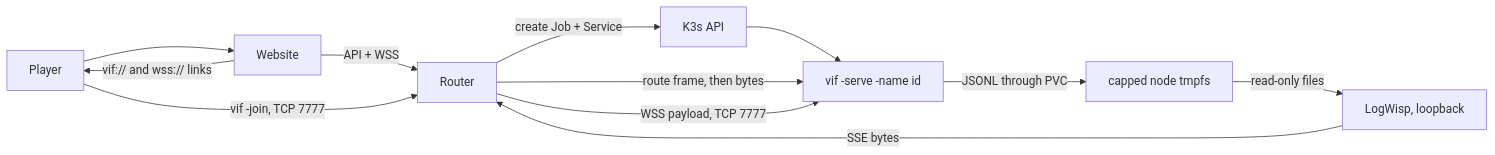
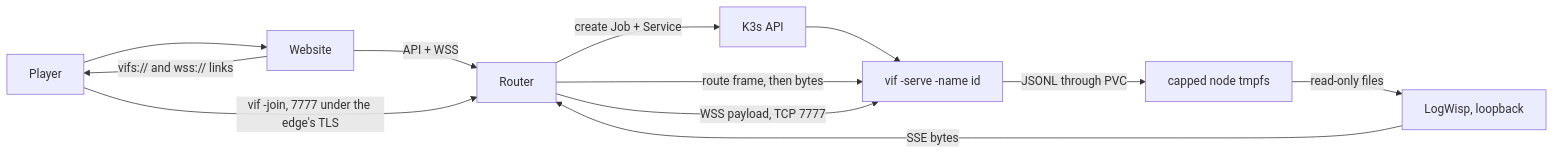
One commit to lixenwraith/vif changed the diagram in doc/kubernetes-fleet.md. Above: the diagram before and after it, drawn with Mermaid. The commit also changed other lines of this file and 173 other files, not shown here.

````diff
--- a/doc/kubernetes-fleet.md
+++ b/doc/kubernetes-fleet.md
@@ -29,14 +29,14 @@
 ```mermaid
 flowchart LR
     Player["Player"] --> Site["Website"]
     Site -->|"API + WSS"| Alloc["Router"]
     Alloc -->|"create Job + Service"| API["K3s API"]
     API --> Pod["vif -serve -name id"]
-    Site -->|"vif:// and wss:// links"| Player
-    Player -->|"vif -join, TCP 7777"| Alloc
+    Site -->|"vifs:// and wss:// links"| Player
+    Player -->|"vif -join, 7777 under the edge's TLS"| Alloc
     Alloc -->|"route frame, then bytes"| Pod
     Alloc -->|"WSS payload, TCP 7777"| Pod
     Pod -->|"JSONL through PVC"| Logs["capped node tmpfs"]
     Logs -->|"read-only files"| Wisp["LogWisp, loopback"]
     Wisp -->|"SSE bytes"| Alloc
 ```
````
